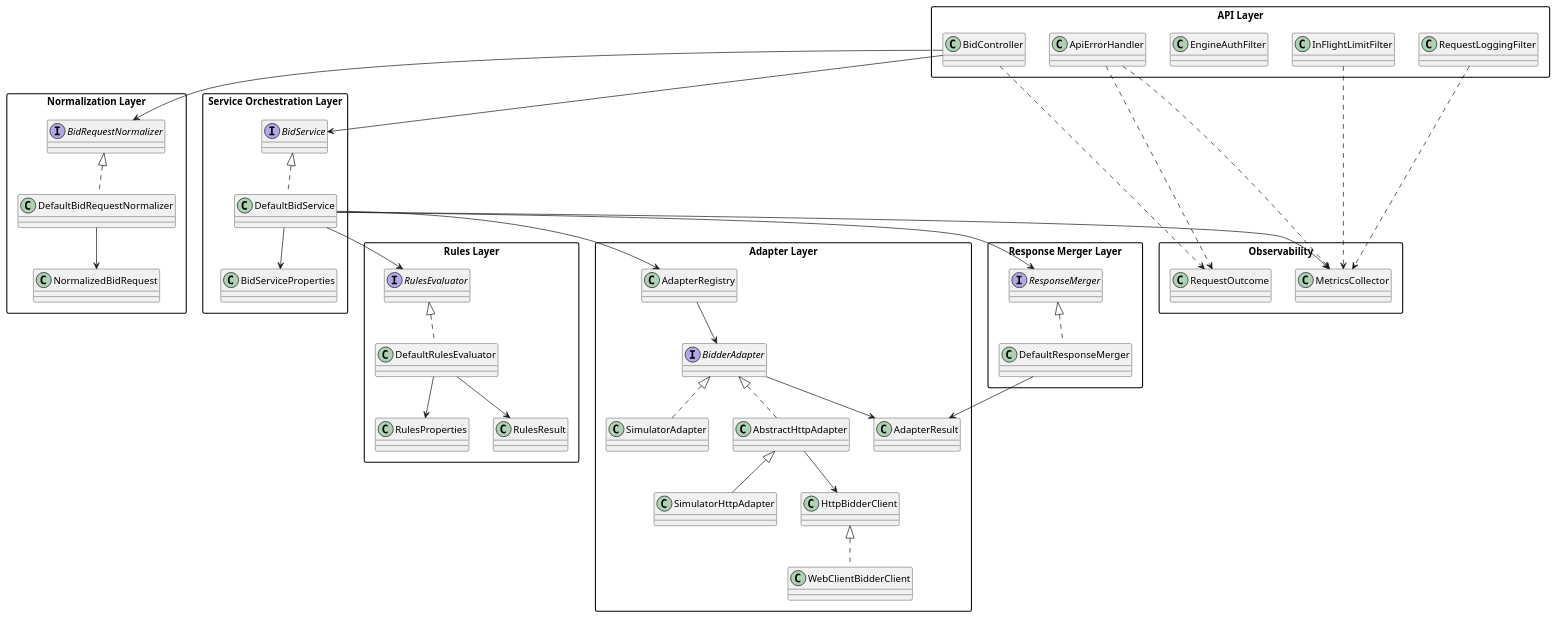
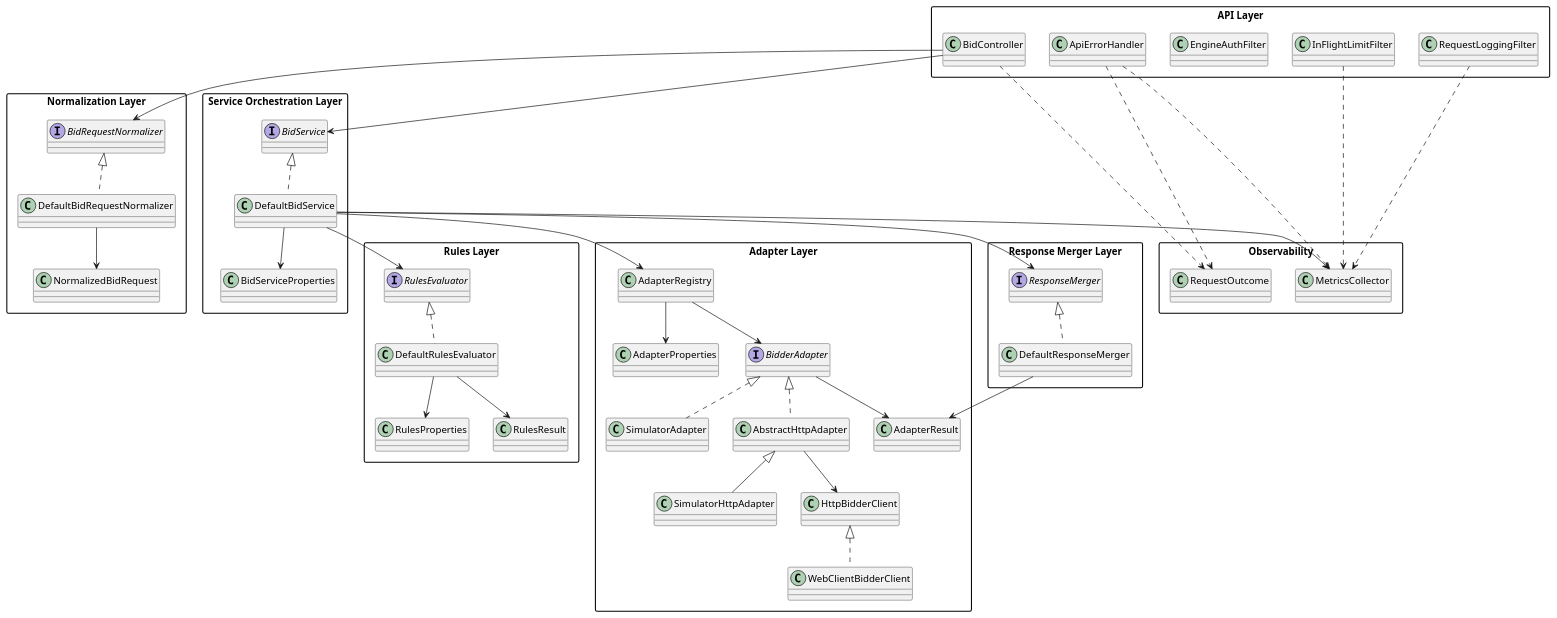
Before and after one commit to rodede/bidbridge-openrtb-gateway: the diagram in bidbridge-engine/docs/architecture-class-diagram.puml, drawn with PlantUML. The commit also changed 7 other files, not shown here.

```diff
--- a/bidbridge-engine/docs/architecture-class-diagram.puml
+++ b/bidbridge-engine/docs/architecture-class-diagram.puml
@@ -1,86 +1,88 @@
 @startuml
 skinparam packageStyle rectangle
 skinparam classAttributeIconSize 0
 
 package "API Layer" {
   class BidController
   class ApiErrorHandler
   class EngineAuthFilter
   class InFlightLimitFilter
   class RequestLoggingFilter
 }
 
 package "Normalization Layer" {
   interface BidRequestNormalizer
   class DefaultBidRequestNormalizer
   class NormalizedBidRequest
 }
 
 package "Rules Layer" {
   interface RulesEvaluator
   class DefaultRulesEvaluator
   class RulesProperties
   class RulesResult
 }
 
 package "Service Orchestration Layer" {
   interface BidService
   class DefaultBidService
   class BidServiceProperties
 }
 
 package "Adapter Layer" {
   class AdapterRegistry
+  class AdapterProperties
   interface BidderAdapter
   class SimulatorAdapter
   class SimulatorHttpAdapter
   class AbstractHttpAdapter
   class HttpBidderClient
   class WebClientBidderClient
   class AdapterResult
 }
 
 package "Response Merger Layer" {
   interface ResponseMerger
   class DefaultResponseMerger
 }
 
 package "Observability" {
   class MetricsCollector
   class RequestOutcome
 }
 
 BidController --> BidRequestNormalizer
 BidController --> BidService
 BidController ..> RequestOutcome
 ApiErrorHandler ..> MetricsCollector
 ApiErrorHandler ..> RequestOutcome
 
 BidRequestNormalizer <|.. DefaultBidRequestNormalizer
 DefaultBidRequestNormalizer --> NormalizedBidRequest
 
 BidService <|.. DefaultBidService
 DefaultBidService --> AdapterRegistry
 DefaultBidService --> RulesEvaluator
 DefaultBidService --> ResponseMerger
 DefaultBidService --> MetricsCollector
 DefaultBidService --> BidServiceProperties
 
 RulesEvaluator <|.. DefaultRulesEvaluator
 DefaultRulesEvaluator --> RulesProperties
 DefaultRulesEvaluator --> RulesResult
 
 AdapterRegistry --> BidderAdapter
+AdapterRegistry --> AdapterProperties
 BidderAdapter <|.. SimulatorAdapter
 BidderAdapter <|.. AbstractHttpAdapter
 AbstractHttpAdapter <|-- SimulatorHttpAdapter
 AbstractHttpAdapter --> HttpBidderClient
 HttpBidderClient <|.. WebClientBidderClient
 BidderAdapter --> AdapterResult
 
 ResponseMerger <|.. DefaultResponseMerger
 DefaultResponseMerger --> AdapterResult
 
 RequestLoggingFilter ..> MetricsCollector
 InFlightLimitFilter ..> MetricsCollector
 @enduml
```
